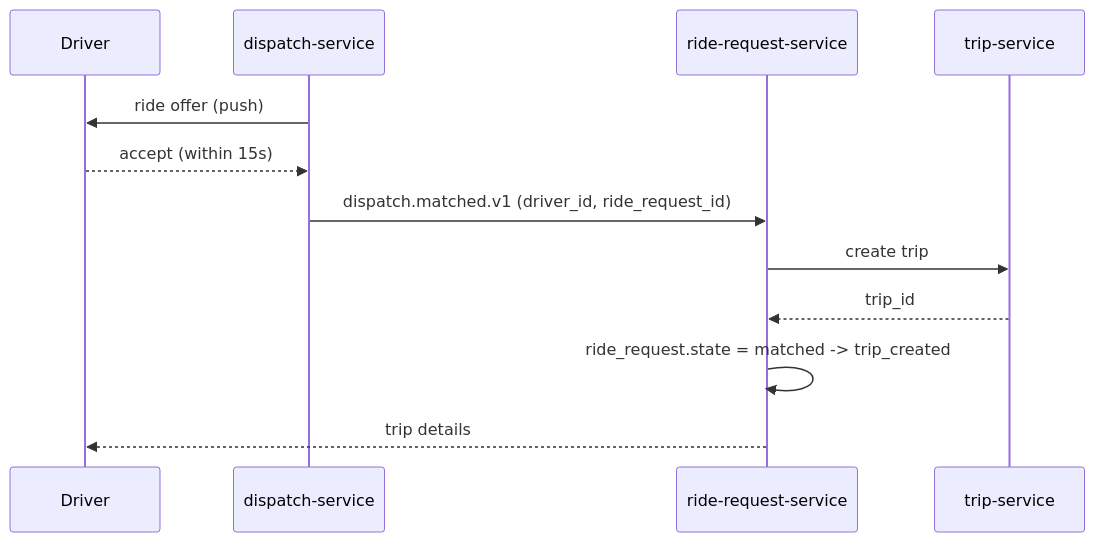
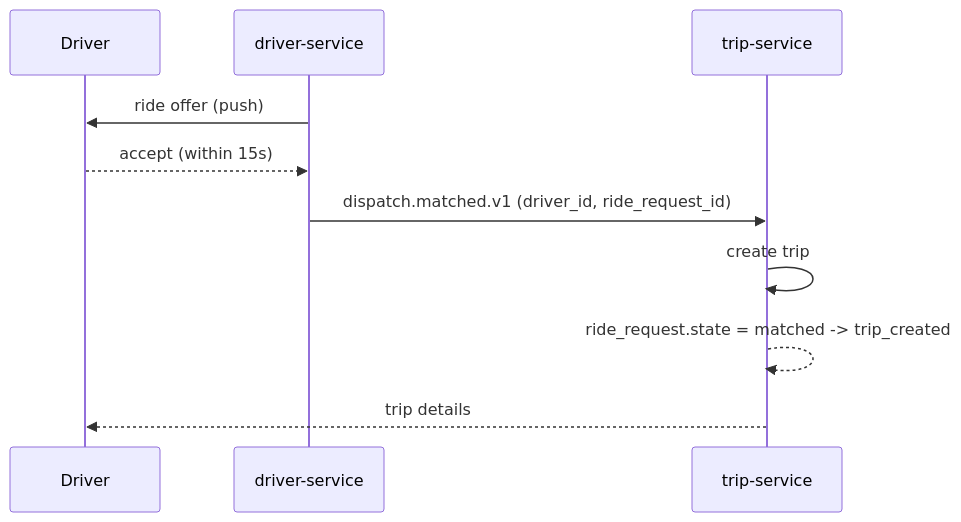
Before and after one commit to mohamedhabibwork/trips-enjoy-docs: the fifth of 14 diagrams in docs/workflows/RIDE_WORKFLOWS.md, drawn with Mermaid. The commit also changed other lines of this file and 525 other files, not shown here.

````diff
--- a/docs/workflows/RIDE_WORKFLOWS.md
+++ b/docs/workflows/RIDE_WORKFLOWS.md
@@ -118,15 +114,13 @@
 ```mermaid
 sequenceDiagram
     participant DR as Driver
-    participant DSP as dispatch-service
-    participant RR as ride-request-service
+    participant DRV as driver-service
     participant TR as trip-service
 
-    DSP->>DR: ride offer (push)
-    DR-->>DSP: accept (within 15s)
-    DSP->>RR: dispatch.matched.v1 (driver_id, ride_request_id)
-    RR->>TR: create trip
-    TR-->>RR: trip_id
-    RR->>RR: ride_request.state = matched -> trip_created
-    RR-->>DR: trip details
+    DRV->>DR: ride offer (push)
+    DR-->>DRV: accept (within 15s)
+    DRV->>TR: dispatch.matched.v1 (driver_id, ride_request_id)
+    TR->>TR: create trip
+    TR-->>TR: ride_request.state = matched -> trip_created
+    TR-->>DR: trip details
 ```
````
